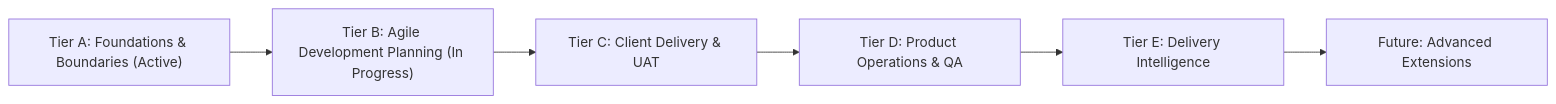
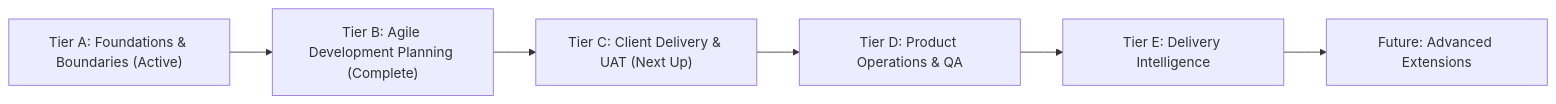
The diagram in README.md (kashvirainfotech/ks-pmt), drawn with Mermaid before and after one commit. The commit also changed other lines of this file and 16 other files, not shown here.

````diff
--- a/README.md
+++ b/README.md
@@ -123,8 +124,8 @@
 ```mermaid
 flowchart LR
-    A["Tier A: Foundations & Boundaries (Active)"] --> B["Tier B: Agile Development Planning (In Progress)"]
-    B --> C["Tier C: Client Delivery & UAT"]
+    A["Tier A: Foundations & Boundaries (Active)"] --> B["Tier B: Agile Development Planning (Complete)"]
+    B --> C["Tier C: Client Delivery & UAT (Next Up)"]
     C --> D["Tier D: Product Operations & QA"]
     D --> E["Tier E: Delivery Intelligence"]
     E --> F["Future: Advanced Extensions"]
 ```
````
